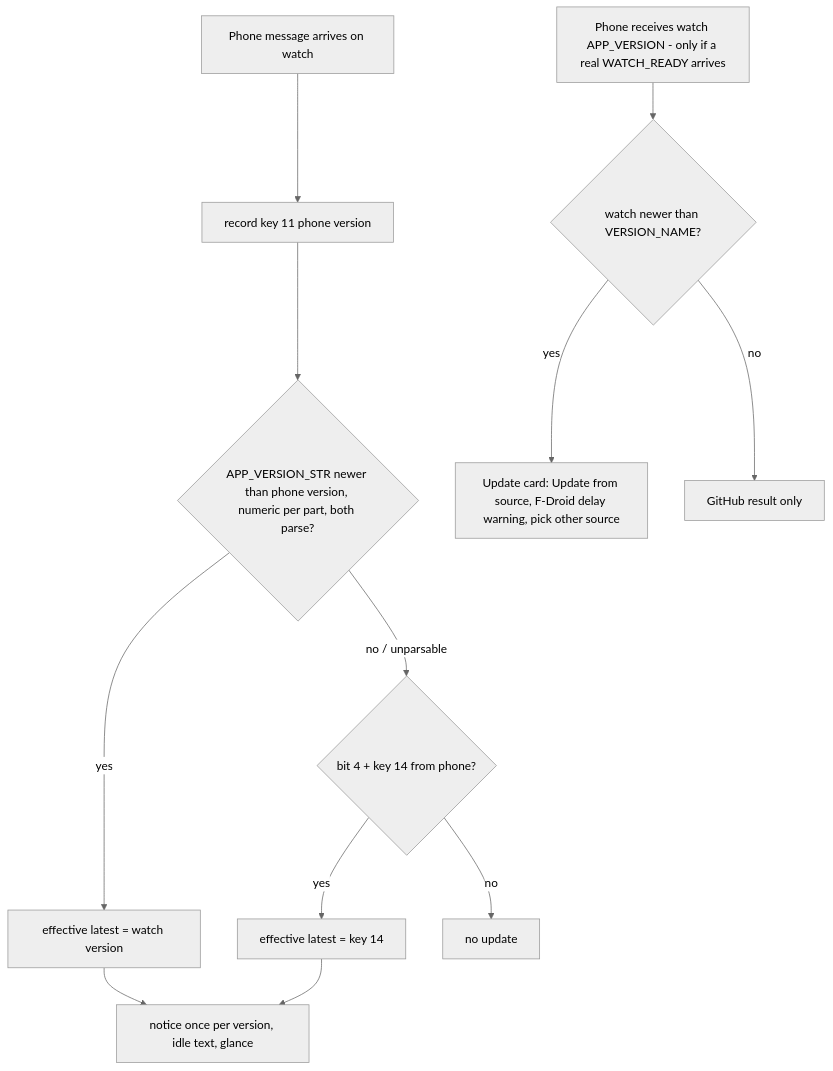
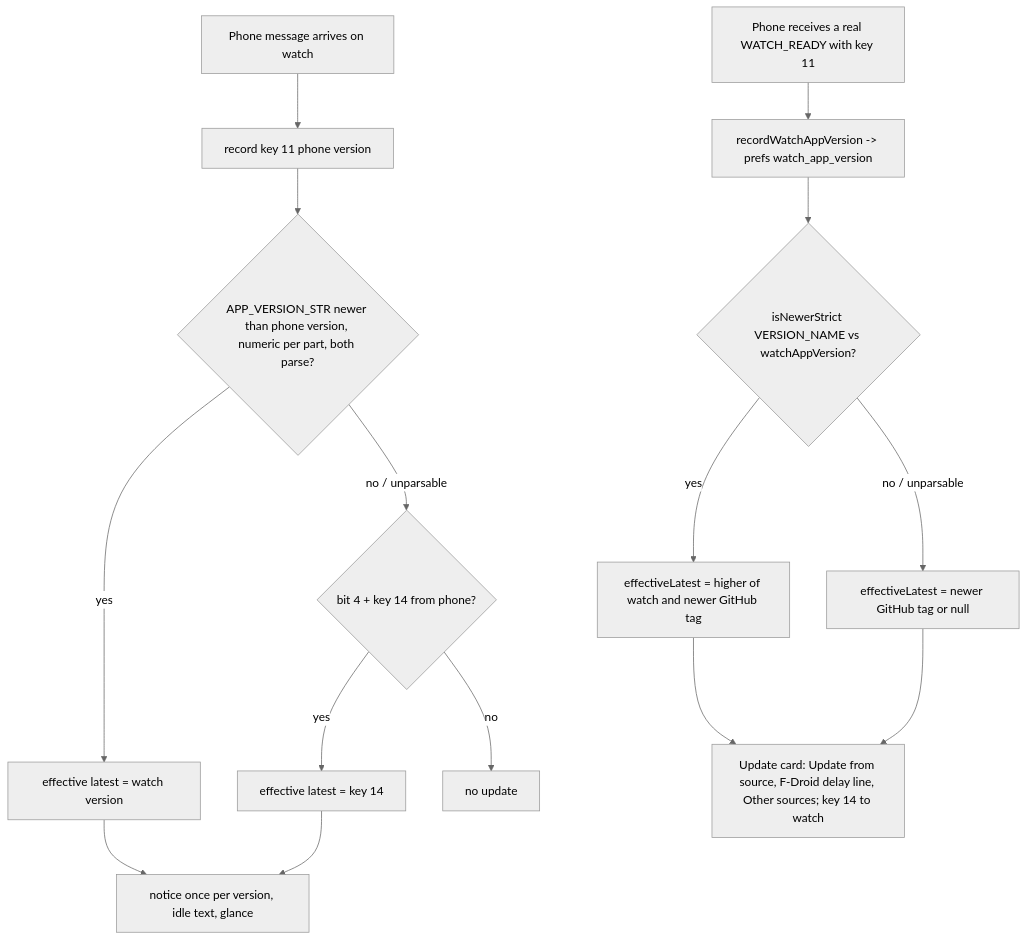
One commit to optio/PebbleNTN changed the fifth of 6 diagrams in aidlc/spaces/default/codekb/PebbleNTN/architecture.md. Above: the diagram before and after it, drawn with Mermaid (neutral theme). The commit also changed other lines of this file and 29 other files, not shown here.

First line of the commit message:
chore(aidlc): record watchapp version status row through build and test

````diff
--- a/aidlc/spaces/default/codekb/PebbleNTN/architecture.md
+++ b/aidlc/spaces/default/codekb/PebbleNTN/architecture.md
@@ -157,14 +169,17 @@
 ```mermaid
 flowchart TD
   A[Phone message arrives on watch] --> B[record key 11 phone version]
   B --> C{APP_VERSION_STR newer than phone version, numeric per part, both parse?}
   C -- yes --> E[effective latest = watch version]
   C -- no / unparsable --> F{bit 4 + key 14 from phone?}
   F -- yes --> G[effective latest = key 14]
   F -- no --> H[no update]
   E --> I[notice once per version, idle text, glance]
   G --> I
-  P[Phone receives watch APP_VERSION - only if a real WATCH_READY arrives] --> Q{watch newer than VERSION_NAME?}
-  Q -- yes --> R[Update card: Update from source, F-Droid delay warning, pick other source]
-  Q -- no --> S[GitHub result only]
+  P[Phone receives a real WATCH_READY with key 11] --> P2[recordWatchAppVersion -> prefs watch_app_version]
+  P2 --> Q{isNewerStrict VERSION_NAME vs watchAppVersion?}
+  Q -- yes --> R[effectiveLatest = higher of watch and newer GitHub tag]
+  Q -- no / unparsable --> S[effectiveLatest = newer GitHub tag or null]
+  R --> T[Update card: Update from source, F-Droid delay line, Other sources; key 14 to watch]
+  S --> T
 ```
````
